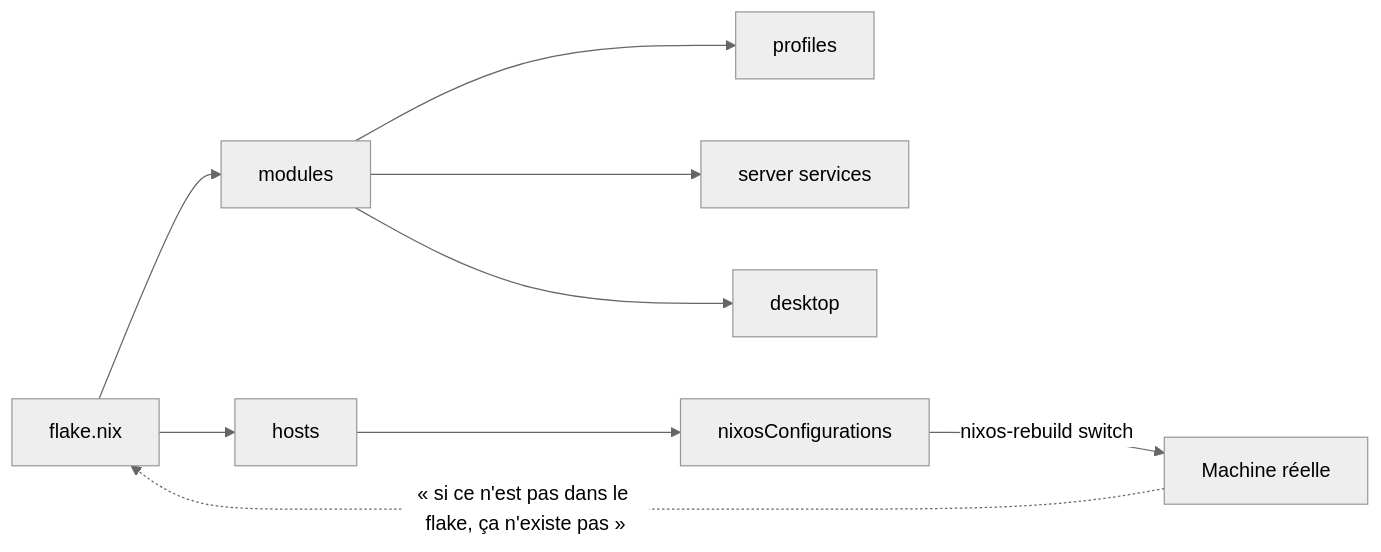
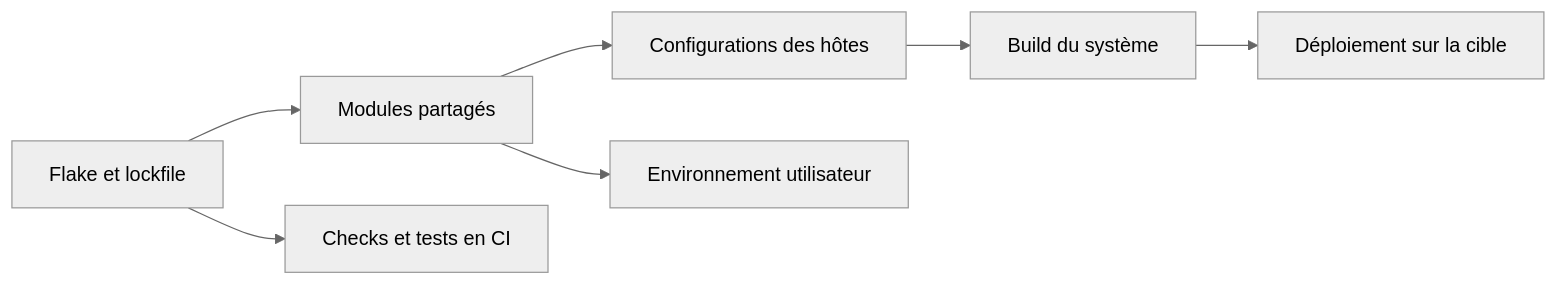
One commit to Strange500/nextPortfolio changed the diagram in data/posts/fr/nixos-2026-reproducible.mdx. Above: the diagram before and after it, drawn with Mermaid (neutral theme). The commit also changed other lines of this file and 26 other files, not shown here.

````diff
--- a/data/posts/fr/nixos-2026-reproducible.mdx
+++ b/data/posts/fr/nixos-2026-reproducible.mdx
@@ -38,11 +29,9 @@
 ```mermaid
 flowchart LR
-    F[flake.nix] --> H[hosts]
-    F --> M[modules]
-    M --> P[profiles]
-    M --> S[server services]
-    M --> D[desktop]
-    H --> R[nixosConfigurations]
-    R --> |nixos-rebuild switch| X[Machine réelle]
-    X -. « si ce n'est pas dans le flake, ça n'existe pas » .-> F
+    F[Flake et lockfile] --> M[Modules partagés]
+    M --> H[Configurations des hôtes]
+    M --> U[Environnement utilisateur]
+    H --> B[Build du système]
+    F --> C[Checks et tests en CI]
+    B --> D[Déploiement sur la cible]
 ```
````
